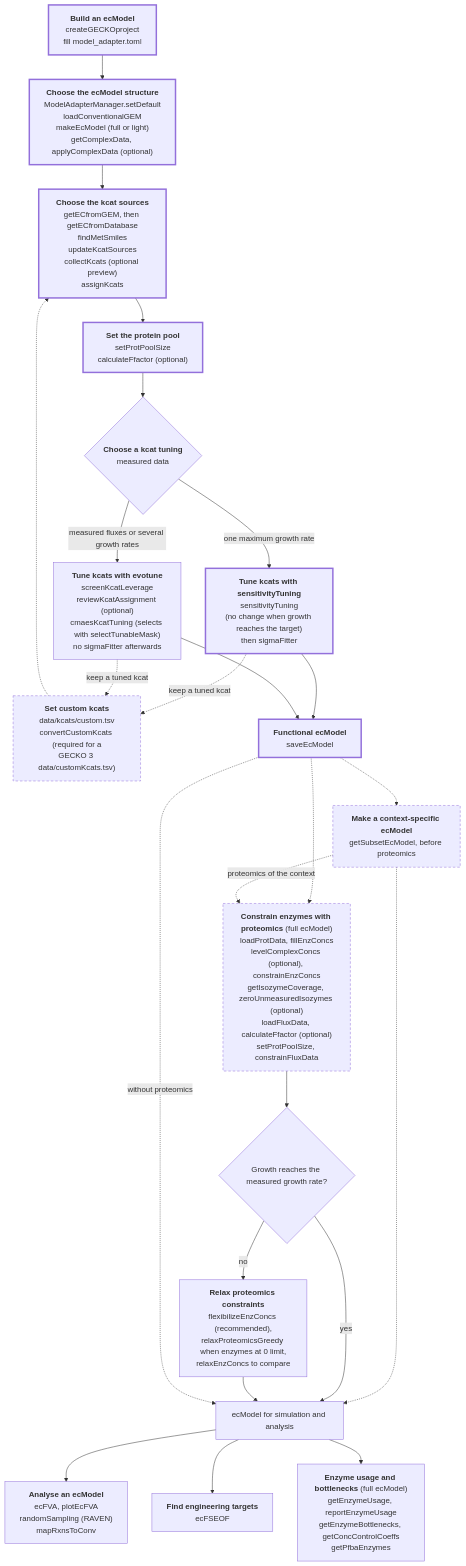
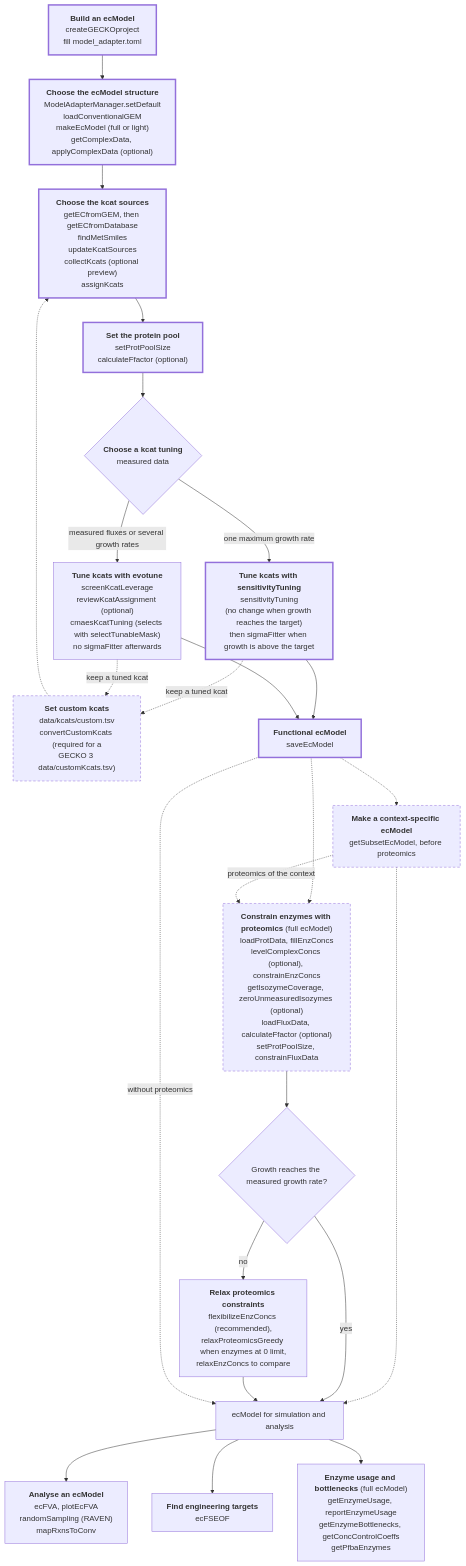
One commit to CompMetEng/gecko-docs changed the first of 2 diagrams in docs/guide/workflow.md. Above: the diagram before and after it, drawn with Mermaid. The commit also changed other lines of this file and 9 other files, not shown here.

First line of the commit message:
doc: use sigmaFitter only to lower sigma after a kcat tuning

````diff
--- a/docs/guide/workflow.md
+++ b/docs/guide/workflow.md
@@ -15,59 +15,59 @@
 ```{mermaid}
 :config: {"flowchart": {"useMaxWidth": false}}
 
 flowchart TB
   classDef quick stroke-width:3px
   classDef opt stroke-dasharray: 5 4
   P["<b>Build an ecModel</b><br/>createGECKOproject<br/>fill model_adapter.toml"]:::quick
   S["<b>Choose the ecModel structure</b><br/>ModelAdapterManager.setDefault<br/>loadConventionalGEM<br/>makeEcModel (full or light)<br/>getComplexData, applyComplexData (optional)"]:::quick
   K["<b>Choose the kcat sources</b><br/>getECfromGEM, then getECfromDatabase<br/>findMetSmiles<br/>updateKcatSources<br/>collectKcats (optional preview)<br/>assignKcats"]:::quick
   C["<b>Set custom kcats</b><br/>data/kcats/custom.tsv<br/>convertCustomKcats (required for a<br/>GECKO 3 data/customKcats.tsv)"]:::opt
   PP["<b>Set the protein pool</b><br/>setProtPoolSize<br/>calculateFfactor (optional)"]:::quick
   G{"<b>Choose a kcat tuning</b><br/>measured data"}
-  T["<b>Tune kcats with sensitivityTuning</b><br/>sensitivityTuning<br/>(no change when growth reaches the target)<br/>then sigmaFitter"]:::quick
+  T["<b>Tune kcats with sensitivityTuning</b><br/>sensitivityTuning<br/>(no change when growth reaches the target)<br/>then sigmaFitter when growth is above the target"]:::quick
   A["<b>Tune kcats with evotune</b><br/>screenKcatLeverage<br/>reviewKcatAssignment (optional)<br/>cmaesKcatTuning (selects with selectTunableMask)<br/>no sigmaFitter afterwards"]
   F["<b>Functional ecModel</b><br/>saveEcModel"]:::quick
   P --> S --> K --> PP --> G
   C -.-> K
   T -.->|keep a tuned kcat| C
   A -.->|keep a tuned kcat| C
   G -->|one maximum growth rate| T
   G -->|measured fluxes or several growth rates| A
   T --> F
   A --> F
   PR["<b>Constrain enzymes with proteomics</b> (full ecModel)<br/>loadProtData, fillEnzConcs<br/>levelComplexConcs (optional), constrainEnzConcs<br/>getIsozymeCoverage, zeroUnmeasuredIsozymes (optional)<br/>loadFluxData, calculateFfactor (optional)<br/>setProtPoolSize, constrainFluxData"]:::opt
   F -.-> PR
   F -.-> CX
   CX -.->|proteomics of the context| PR
   CX -.-> RD
   RL{"Growth reaches the measured growth rate?"}
   PR --> RL
   RX["<b>Relax proteomics constraints</b><br/>flexibilizeEnzConcs (recommended),<br/>relaxProteomicsGreedy when enzymes at 0 limit,<br/>relaxEnzConcs to compare"]
   RL -->|no| RX
   RD["ecModel for simulation and analysis"]
   RL -->|yes| RD
   RX --> RD
   F -.->|without proteomics| RD
   AN["<b>Analyse an ecModel</b><br/>ecFVA, plotEcFVA<br/>randomSampling (RAVEN)<br/>mapRxnsToConv"]
   EN["<b>Find engineering targets</b><br/>ecFSEOF"]
   CX["<b>Make a context-specific ecModel</b><br/>getSubsetEcModel, before proteomics"]:::opt
   EU["<b>Enzyme usage and bottlenecks</b> (full ecModel)<br/>getEnzymeUsage, reportEnzymeUsage<br/>getEnzymeBottlenecks, getConcControlCoeffs<br/>getPfbaEnzymes"]
   RD --> AN
   RD --> EN
   RD --> EU
   click P href "first-ecmodel.html"
   click S href "ecmodel-structure.html"
   click K href "kcat-sources.html"
   click C href "custom-kcats.html"
   click PP href "protein-pool.html"
   click G href "kcat-tuning.html"
   click T href "standard-tuning.html"
   click A href "evotune.html"
   click F href "first-ecmodel.html"
   click PR href "proteomics.html"
   click RX href "relaxing-proteomics.html"
   click AN href "analysis.html"
   click EN href "engineering-targets.html"
   click CX href "context-ecmodel.html"
   click EU href "enzyme-usage.html"
 ```
````
